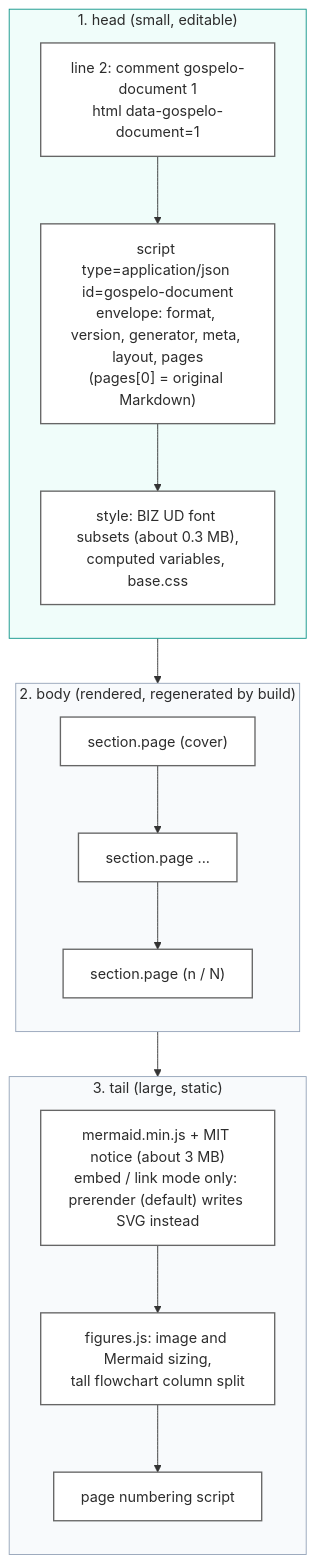
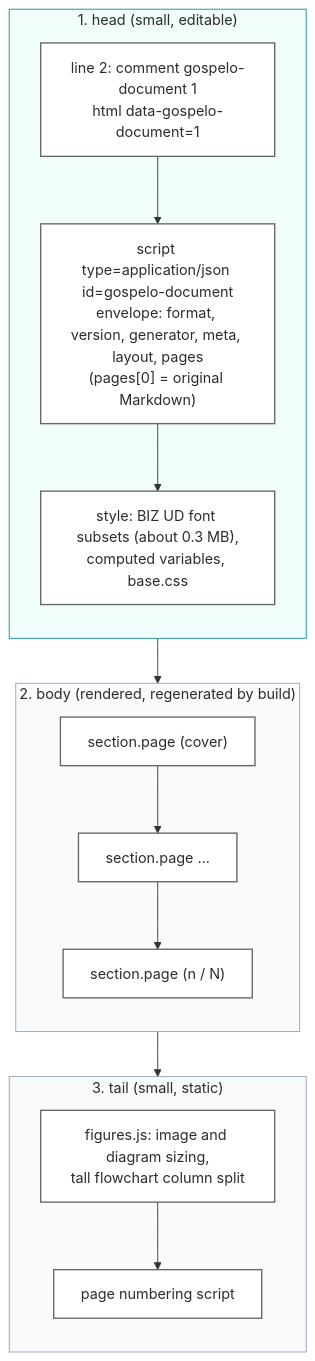
One commit to gospelo-dev/md2html changed the first of 5 diagrams in docs/ARCHITECTURE.md. Above: the diagram before and after it, drawn with Mermaid. The commit also changed other lines of this file and 92 other files, not shown here.

````diff
--- a/docs/ARCHITECTURE.md
+++ b/docs/ARCHITECTURE.md
@@ -21,31 +21,30 @@
 ```mermaid
 flowchart TB
     subgraph Head["1. head (small, editable)"]
         direction TB
         SIG["line 2: comment gospelo-document 1<br/>html data-gospelo-document=1"]
         ENV["script type=application/json id=gospelo-document<br/>envelope: format, version, generator, meta, layout, pages<br/>(pages[0] = original Markdown)"]
         S["style: BIZ UD font subsets (about 0.3 MB),<br/>computed variables, base.css"]
         SIG --> ENV --> S
     end
     subgraph Body["2. body (rendered, regenerated by build)"]
         direction TB
         P1["section.page (cover)"]
         P2["section.page ..."]
         Pn["section.page (n / N)"]
         P1 --> P2 --> Pn
     end
-    subgraph Tail["3. tail (large, static)"]
+    subgraph Tail["3. tail (small, static)"]
         direction TB
-        MJ["mermaid.min.js + MIT notice (about 3 MB)<br/>embed / link mode only: prerender (default) writes SVG instead"]
-        F["figures.js: image and Mermaid sizing,<br/>tall flowchart column split"]
+        F["figures.js: image and diagram sizing,<br/>tall flowchart column split"]
         N["page numbering script"]
-        MJ --> F --> N
+        F --> N
     end
     Head --> Body --> Tail
 
     classDef node fill:#FFFFFF,stroke:#666666,stroke-width:1.5px,color:#2C2C2C
-    class SIG,ENV,S,P1,P2,Pn,F,N,MJ node
+    class SIG,ENV,S,P1,P2,Pn,F,N node
     style Head fill:#F0FDFA,stroke:#0D9488,color:#2C2C2C
     style Body fill:#F8FAFC,stroke:#94A3B8,color:#2C2C2C
     style Tail fill:#F8FAFC,stroke:#94A3B8,color:#2C2C2C
 ```
````
